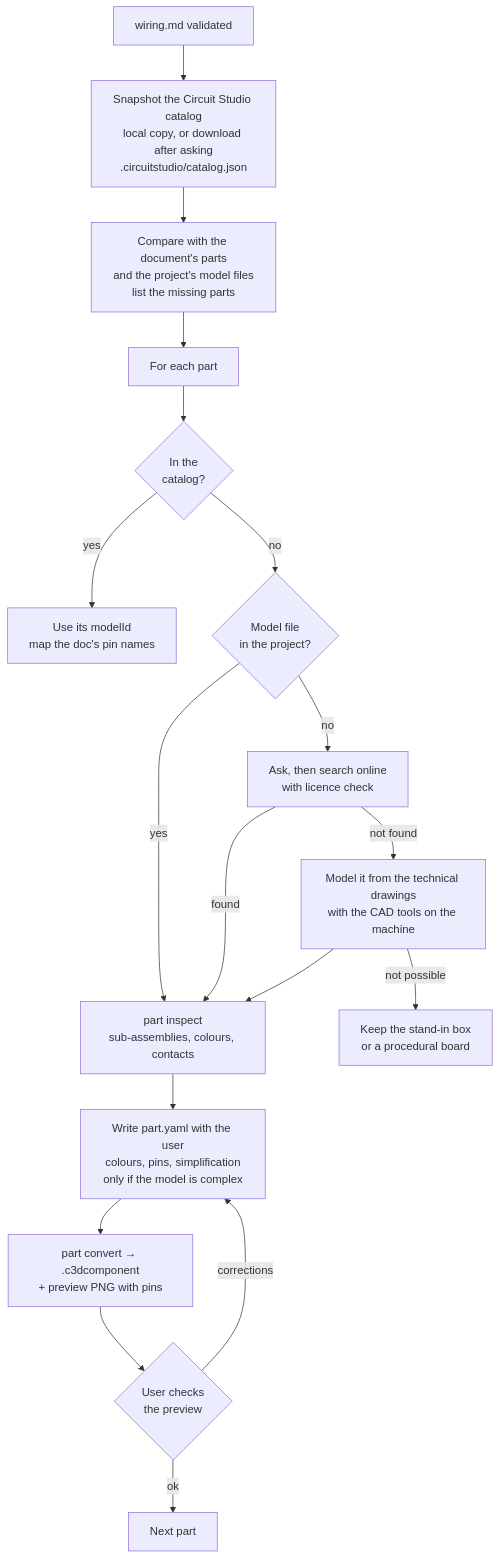
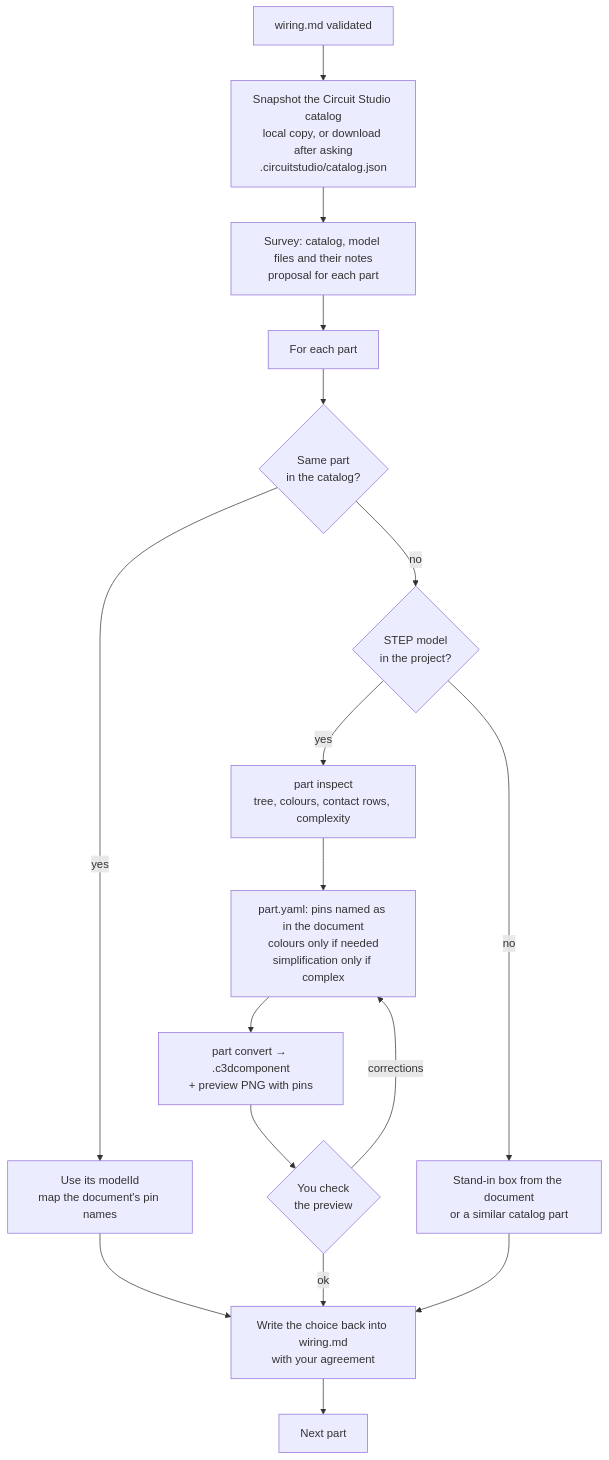
One commit to docteurzoidberg/circuit-studio-agent-kit changed the diagram in docs/user-guide/skills/wiring-parts.md. Above: the diagram before and after it, drawn with Mermaid. The commit also changed other lines of this file and 5 other files, not shown here.

First line of the commit message:
Add the wiring-parts skill, tested on the Claudemètre

````diff
--- a/docs/user-guide/skills/wiring-parts.md
+++ b/docs/user-guide/skills/wiring-parts.md
@@ -20,20 +22,19 @@
 ```mermaid
 flowchart TD
   W[wiring.md validated] --> SN[Snapshot the Circuit Studio catalog<br/>local copy, or download after asking<br/>.circuitstudio/catalog.json]
-  SN --> M[Compare with the document's parts<br/>and the project's model files<br/>list the missing parts]
+  SN --> M[Survey: catalog, model files and their notes<br/>proposal for each part]
   M --> L[For each part]
-  L --> C{In the<br/>catalog?}
-  C -- yes --> CM[Use its modelId<br/>map the doc's pin names]
-  C -- no --> F{Model file<br/>in the project?}
-  F -- yes --> I[part inspect<br/>sub-assemblies, colours, contacts]
-  F -- no --> S[Ask, then search online<br/>with licence check]
-  S -- not found --> K[Model it from the technical drawings<br/>with the CAD tools on the machine]
-  K -- not possible --> B[Keep the stand-in box<br/>or a procedural board]
-  S -- found --> I
-  K --> I
-  I --> SP[Write part.yaml with the user<br/>colours, pins, simplification<br/>only if the model is complex]
+  L --> C{Same part<br/>in the catalog?}
+  C -- yes --> CM[Use its modelId<br/>map the document's pin names]
+  C -- no --> F{STEP model<br/>in the project?}
+  F -- yes --> I[part inspect<br/>tree, colours, contact rows, complexity]
+  F -- no --> B[Stand-in box from the document<br/>or a similar catalog part]
+  I --> SP[part.yaml: pins named as in the document<br/>colours only if needed<br/>simplification only if complex]
   SP --> V[part convert → .c3dcomponent<br/>+ preview PNG with pins]
-  V --> R{User checks<br/>the preview}
+  V --> R{You check<br/>the preview}
   R -- corrections --> SP
-  R -- ok --> N[Next part]
+  R -- ok --> WB[Write the choice back into wiring.md<br/>with your agreement]
+  CM --> WB
+  B --> WB
+  WB --> N[Next part]
 ```
````
